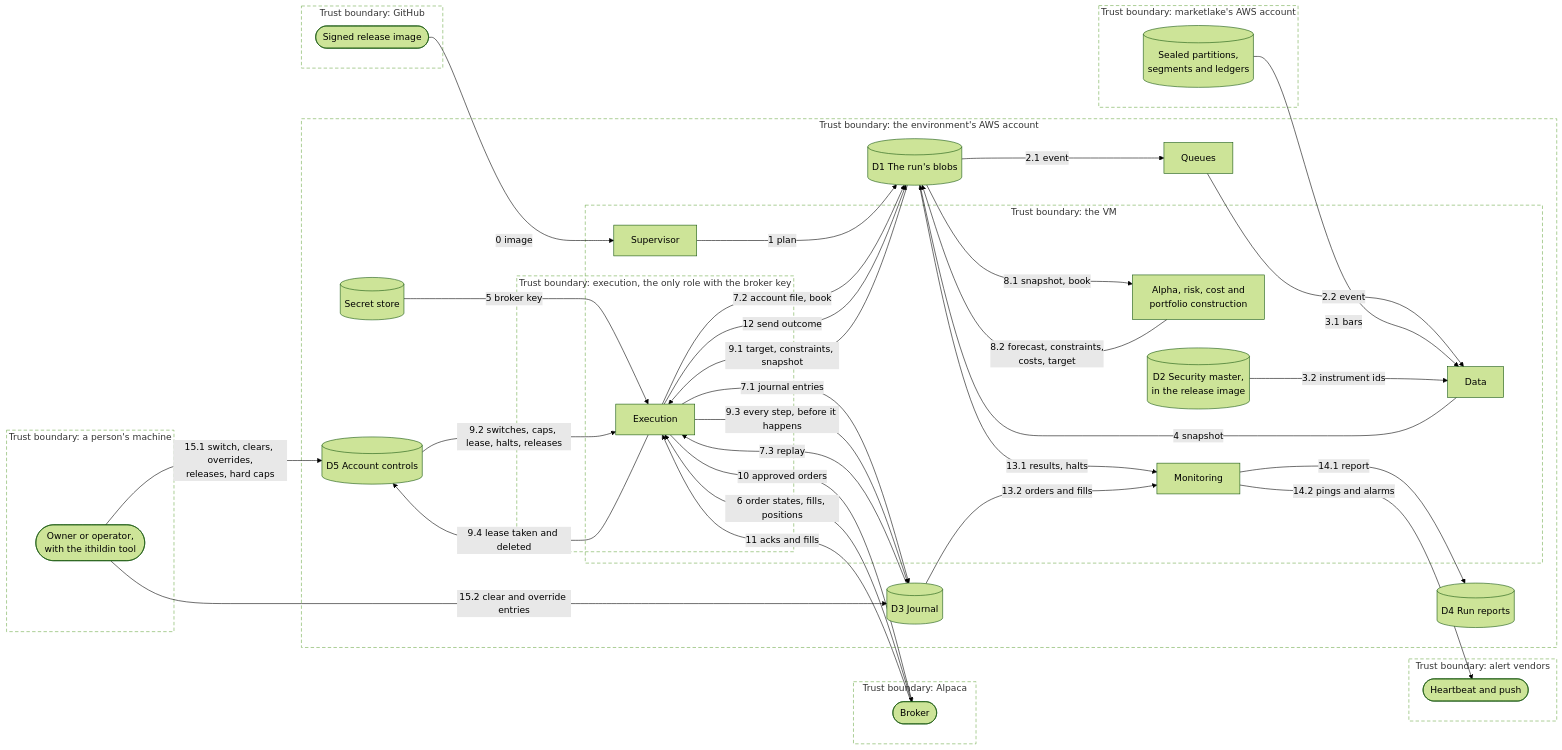
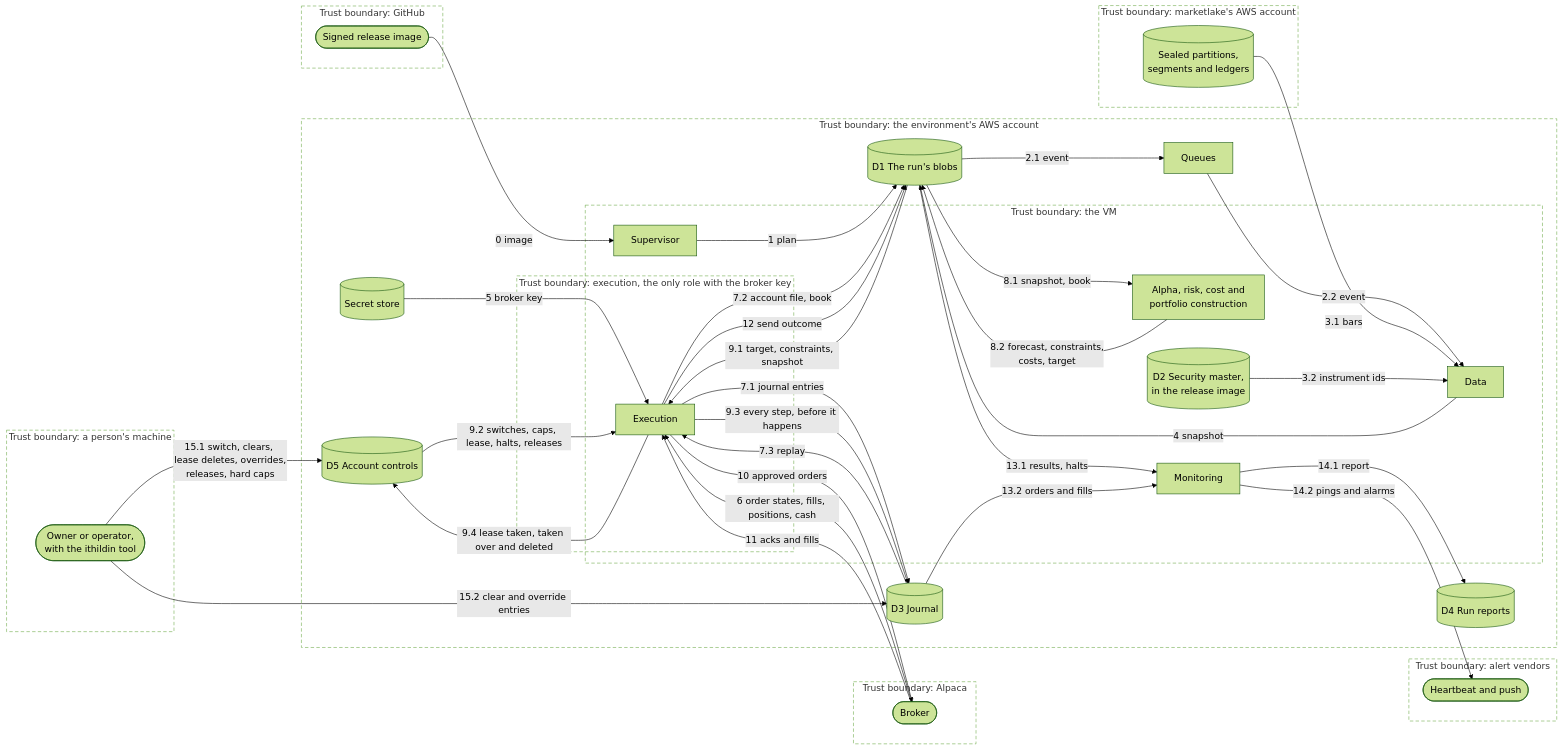
One commit to l3a0/ithildin-runtime changed diagram 12 of 33 in docs/architecture.md. Above: the diagram before and after it, drawn with Mermaid (forest theme). The commit also changed other lines of this file and 2 other files, not shown here.

````diff
--- a/docs/architecture.md
+++ b/docs/architecture.md
@@ -680,67 +682,67 @@
 ```mermaid
 flowchart LR
     subgraph tb_person["Trust boundary: a person's machine"]
         person(["Owner or operator,<br/>with the ithildin tool"])
     end
     subgraph tb_github["Trust boundary: GitHub"]
         registry(["Signed release image"])
     end
     subgraph tb_marketlake["Trust boundary: marketlake's AWS account"]
         lake[("Sealed partitions,<br/>segments and ledgers")]
     end
     subgraph tb_broker["Trust boundary: Alpaca"]
         brokerx(["Broker"])
     end
     subgraph tb_alert["Trust boundary: alert vendors"]
         alert(["Heartbeat and push"])
     end
     subgraph tb_account["Trust boundary: the environment's AWS account"]
         subgraph tb_vm["Trust boundary: the VM"]
             sup["Supervisor"]
             data["Data"]
             models["Alpha, risk, cost and<br/>portfolio construction"]
             mon["Monitoring"]
             d2[("D2 Security master,<br/>in the release image")]
             subgraph tb_exec["Trust boundary: execution, the only role with the broker key"]
                 exec["Execution"]
             end
         end
         queue["Queues"]
         secret[("Secret store")]
         d1[("D1 The run's blobs")]
         d3[("D3 Journal")]
         d4[("D4 Run reports")]
         d5[("D5 Account controls")]
     end
 
     registry -->|"0 image"| sup
     sup -->|"1 plan"| d1
     d1 -->|"2.1 event"| queue
     queue -->|"2.2 event"| data
     lake -->|"3.1 bars"| data
     d2 -->|"3.2 instrument ids"| data
     data -->|"4 snapshot"| d1
     secret -->|"5 broker key"| exec
-    brokerx -->|"6 order states, fills, positions"| exec
+    brokerx -->|"6 order states, fills, positions, cash"| exec
     exec -->|"7.1 journal entries"| d3
     exec -->|"7.2 account file, book"| d1
     d3 -->|"7.3 replay"| exec
     d1 -->|"8.1 snapshot, book"| models
     models -->|"8.2 forecast, constraints,<br/>costs, target"| d1
     d1 -->|"9.1 target, constraints, snapshot"| exec
     d5 -->|"9.2 switches, caps, lease, halts, releases"| exec
     exec -->|"9.3 every step, before it happens"| d3
-    exec -->|"9.4 lease taken and deleted"| d5
+    exec -->|"9.4 lease taken, taken over and deleted"| d5
     exec -->|"10 approved orders"| brokerx
     brokerx -->|"11 acks and fills"| exec
     exec -->|"12 send outcome"| d1
     d1 -->|"13.1 results, halts"| mon
     d3 -->|"13.2 orders and fills"| mon
     mon -->|"14.1 report"| d4
     mon -->|"14.2 pings and alarms"| alert
-    person -->|"15.1 switch, clears, overrides,<br/>releases, hard caps"| d5
+    person -->|"15.1 switch, clears, lease deletes, overrides,<br/>releases, hard caps"| d5
     person -->|"15.2 clear and override entries"| d3
 
     classDef boundary fill:none,stroke-dasharray:6 4
     class tb_person,tb_github,tb_marketlake,tb_broker,tb_alert,tb_account,tb_vm,tb_exec boundary
 ```
````
